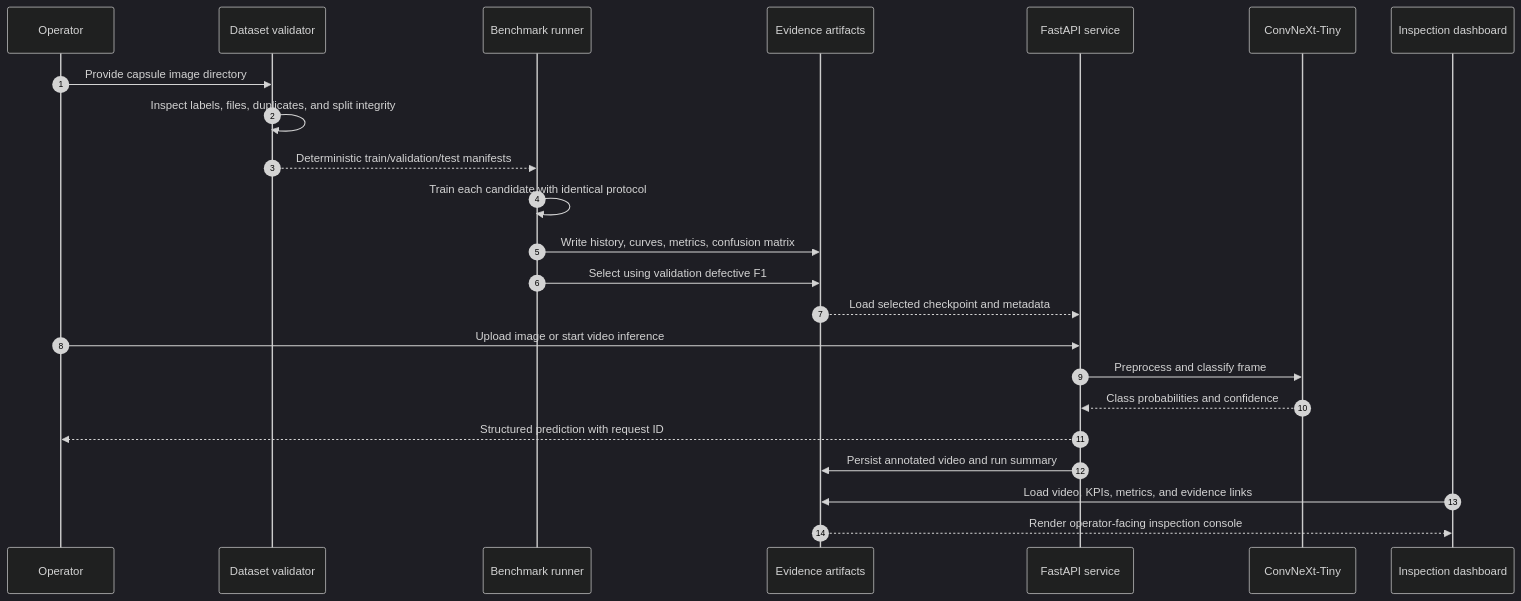
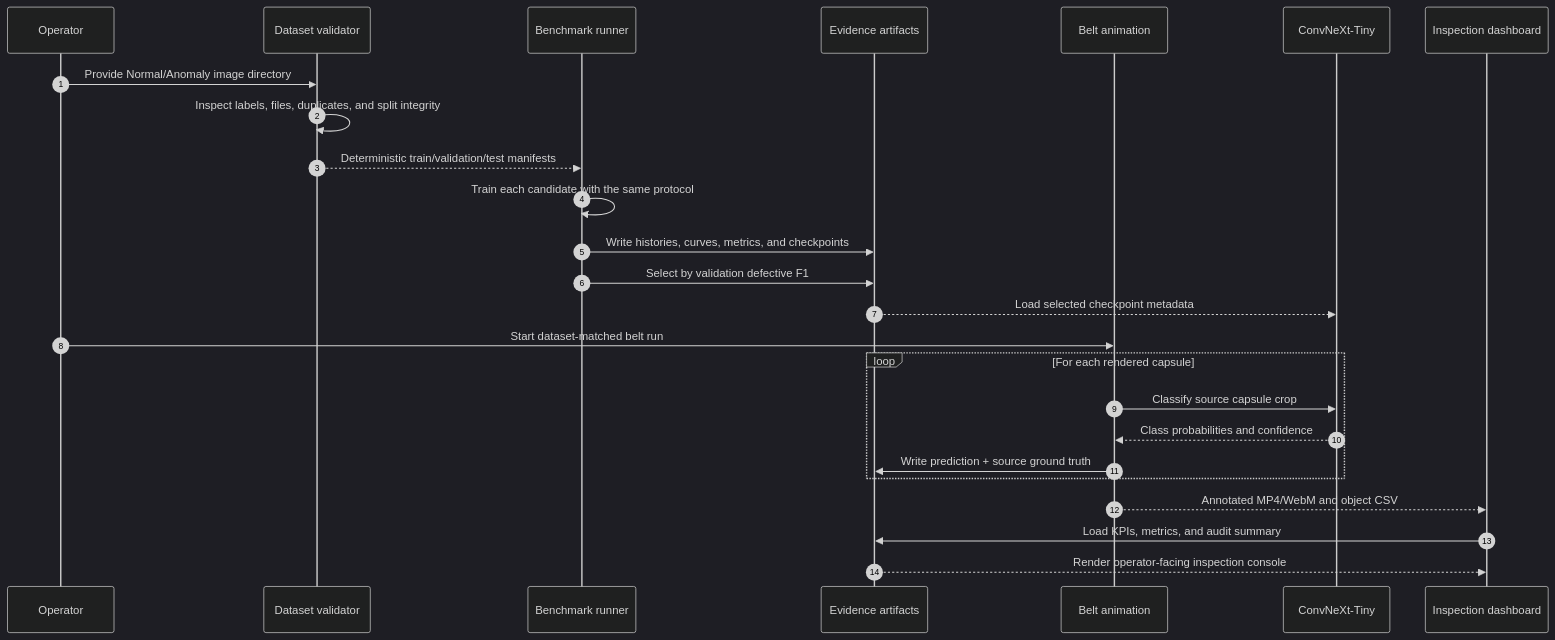
Before and after one commit to HUSNAIN-MUNAWAR/pharma-capsule-vision: the second of 4 diagrams in README.md, drawn with Mermaid (dark theme). The commit also changed other lines of this file and 14 other files, not shown here.

Commit message:
Replace external clip with dataset-matched capsule animation

````diff
--- a/README.md
+++ b/README.md
@@ -96,26 +92,28 @@
 ```mermaid
 sequenceDiagram
     autonumber
     participant Operator
-    participant Dataset as Dataset validator
+    participant Validator as Dataset validator
     participant Trainer as Benchmark runner
     participant Registry as Evidence artifacts
-    participant API as FastAPI service
+    participant Renderer as Belt animation
     participant Model as ConvNeXt-Tiny
     participant UI as Inspection dashboard
 
-    Operator->>Dataset: Provide capsule image directory
-    Dataset->>Dataset: Inspect labels, files, duplicates, and split integrity
-    Dataset-->>Trainer: Deterministic train/validation/test manifests
-    Trainer->>Trainer: Train each candidate with identical protocol
-    Trainer->>Registry: Write history, curves, metrics, confusion matrix
-    Trainer->>Registry: Select using validation defective F1
-    Registry-->>API: Load selected checkpoint and metadata
-    Operator->>API: Upload image or start video inference
-    API->>Model: Preprocess and classify frame
-    Model-->>API: Class probabilities and confidence
-    API-->>Operator: Structured prediction with request ID
-    API->>Registry: Persist annotated video and run summary
-    UI->>Registry: Load video, KPIs, metrics, and evidence links
+    Operator->>Validator: Provide Normal/Anomaly image directory
+    Validator->>Validator: Inspect labels, files, duplicates, and split integrity
+    Validator-->>Trainer: Deterministic train/validation/test manifests
+    Trainer->>Trainer: Train each candidate with the same protocol
+    Trainer->>Registry: Write histories, curves, metrics, and checkpoints
+    Trainer->>Registry: Select by validation defective F1
+    Registry-->>Model: Load selected checkpoint metadata
+    Operator->>Renderer: Start dataset-matched belt run
+    loop For each rendered capsule
+        Renderer->>Model: Classify source capsule crop
+        Model-->>Renderer: Class probabilities and confidence
+        Renderer->>Registry: Write prediction + source ground truth
+    end
+    Renderer-->>UI: Annotated MP4/WebM and object CSV
+    UI->>Registry: Load KPIs, metrics, and audit summary
     Registry-->>UI: Render operator-facing inspection console
 ```
````
